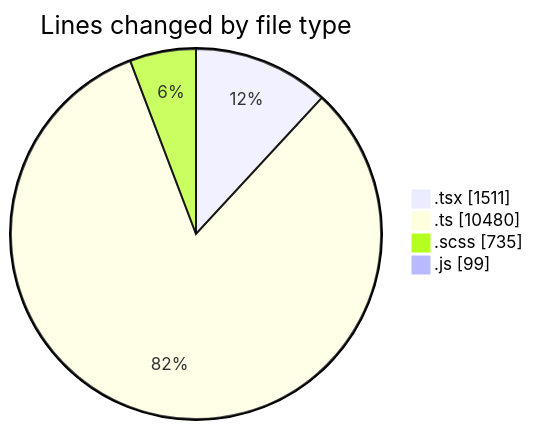
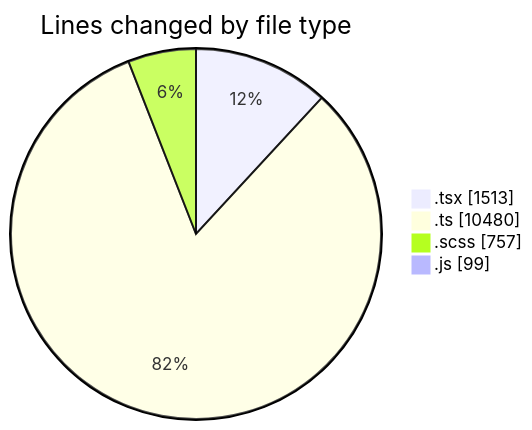
One commit to momahboobian/code-tracking changed the first of 2 diagrams in 2025-03-26/cda/README.md. Above: the diagram before and after it, drawn with Mermaid. The commit also changed other lines of this file and 1 other file, not shown here.

````diff
--- a/2025-03-26/cda/README.md
+++ b/2025-03-26/cda/README.md
@@ -44,8 +44,8 @@
 ```mermaid
 pie showData
 title Lines changed by file type
-".tsx" : 1511
+".tsx" : 1513
 ".ts" : 10480
-".scss" : 735
+".scss" : 757
 ".js" : 99
 ```
````
